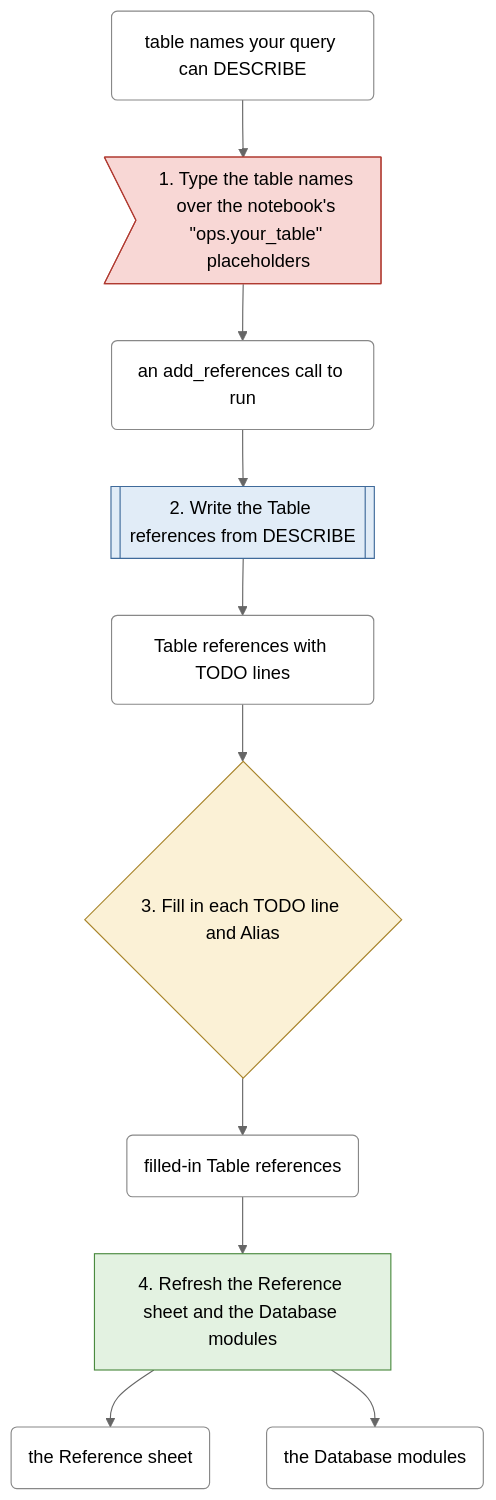
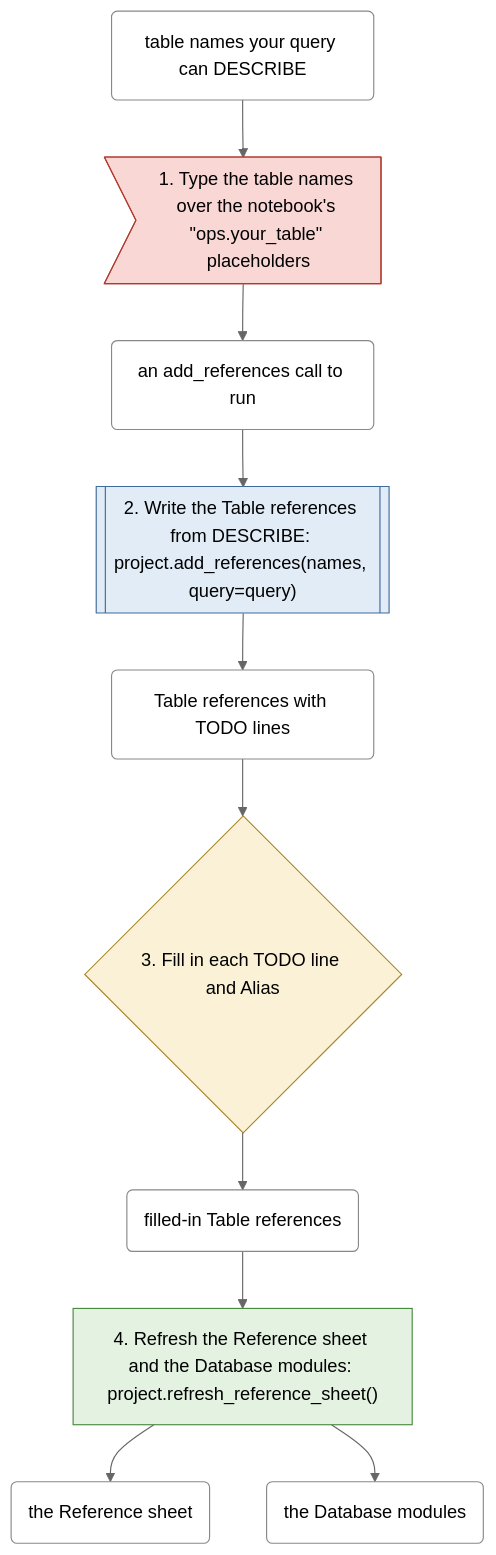
The fourth of 6 diagrams in docs/workflows.md (EdgyPage/SQL-Composer), drawn with Mermaid (neutral theme) before and after one commit. The commit also changed other lines of this file and 8 other files, not shown here.

````diff
--- a/docs/workflows.md
+++ b/docs/workflows.md
@@ -247,37 +276,37 @@
 ```mermaid
 flowchart TD
     s0>"1. Type the table names over the notebook's #quot;ops.your_table#quot; placeholders"]
     class s0 fiddling
     t0 --> s0
     s0 --> t1
-    s1[["2. Write the Table references from DESCRIBE"]]
+    s1[["2. Write the Table references from DESCRIBE: project.add_references(names, query=query)"]]
     class s1 permission
     t1 --> s1
     s1 --> t2
     s2{"3. Fill in each TODO line and Alias"}
     class s2 decision
     t2 --> s2
     s2 --> t3
-    s3["4. Refresh the Reference sheet and the Database modules"]
+    s3["4. Refresh the Reference sheet and the Database modules: project.refresh_reference_sheet()"]
     class s3 file
     t3 --> s3
     s3 --> t4
     s3 --> t5
     t0("table names your query can DESCRIBE")
     class t0 thing
     t1("an add_references call to run")
     class t1 thing
     t2("Table references with TODO lines")
     class t2 thing
     t3("filled-in Table references")
     class t3 thing
     t4("the Reference sheet")
     class t4 thing
     t5("the Database modules")
     class t5 thing
     classDef file fill:#e3f2e1,stroke:#4a8a3f
     classDef permission fill:#e1ecf7,stroke:#3f6a9a
     classDef decision fill:#fbf1d6,stroke:#a8842a
     classDef fiddling fill:#f8d7d5,stroke:#b03a30
     classDef thing fill:#ffffff,stroke:#888888
 ```
````
